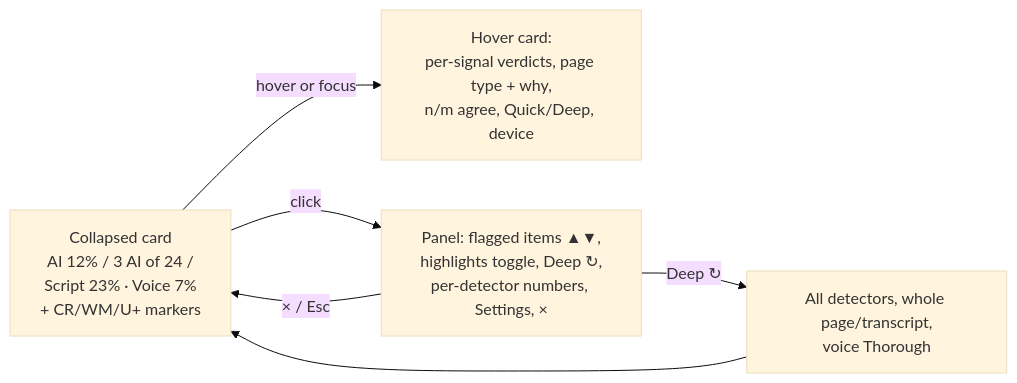
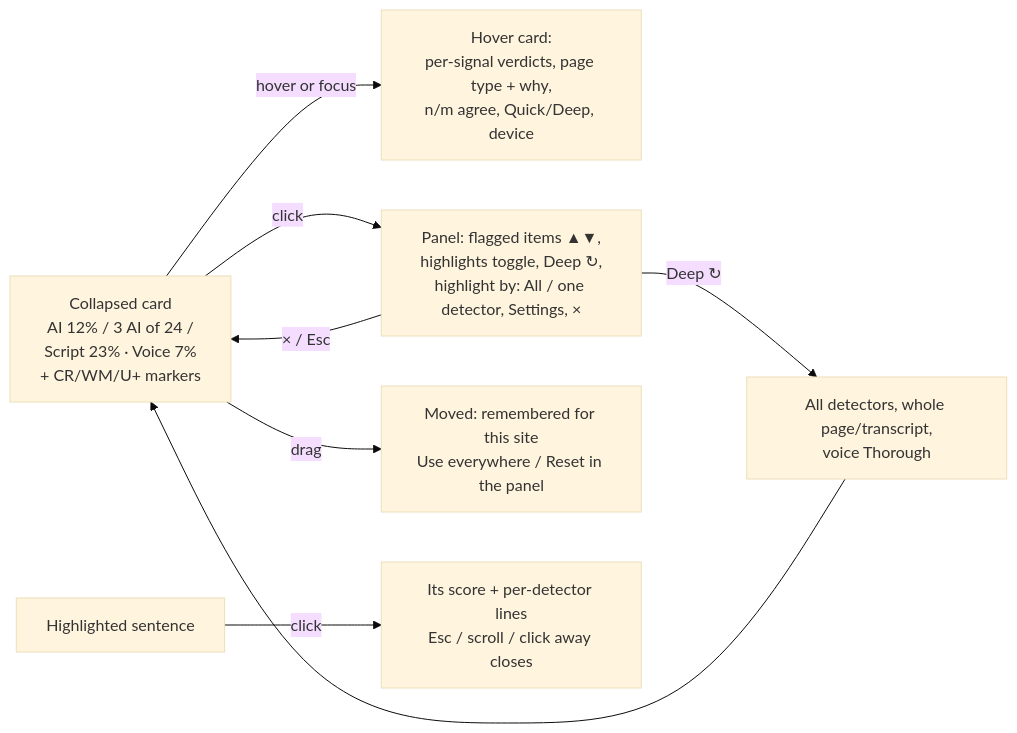
Before and after one commit to freddygaffey/local-ai-detector: the second of 6 diagrams in docs/workflows.md, drawn with Mermaid (base theme). The commit also changed other lines of this file, not shown here.

Commit message:
Workflows: manual check, cache, pause, drag, click-for-details

````diff
--- a/docs/workflows.md
+++ b/docs/workflows.md
@@ -34,7 +34,9 @@
 ```mermaid
 flowchart LR
   C[Collapsed card<br/>AI 12% / 3 AI of 24 /<br/>Script 23% · Voice 7%<br/>+ CR/WM/U+ markers] -- hover or focus --> H[Hover card:<br/>per-signal verdicts, page type + why,<br/>n/m agree, Quick/Deep, device]
-  C -- click --> P[Panel: flagged items ▲▼,<br/>highlights toggle, Deep ↻,<br/>per-detector numbers, Settings, ×]
+  C -- click --> P[Panel: flagged items ▲▼,<br/>highlights toggle, Deep ↻,<br/>highlight by: All / one detector, Settings, ×]
+  C -- drag --> W[Moved: remembered for this site<br/>Use everywhere / Reset in the panel]
+  H2[Highlighted sentence] -- click --> T2[Its score + per-detector lines<br/>Esc / scroll / click away closes]
   P -- Deep ↻ --> D[All detectors, whole page/transcript,<br/>voice Thorough] --> C
   P -- "× / Esc" --> C
 ```
````
